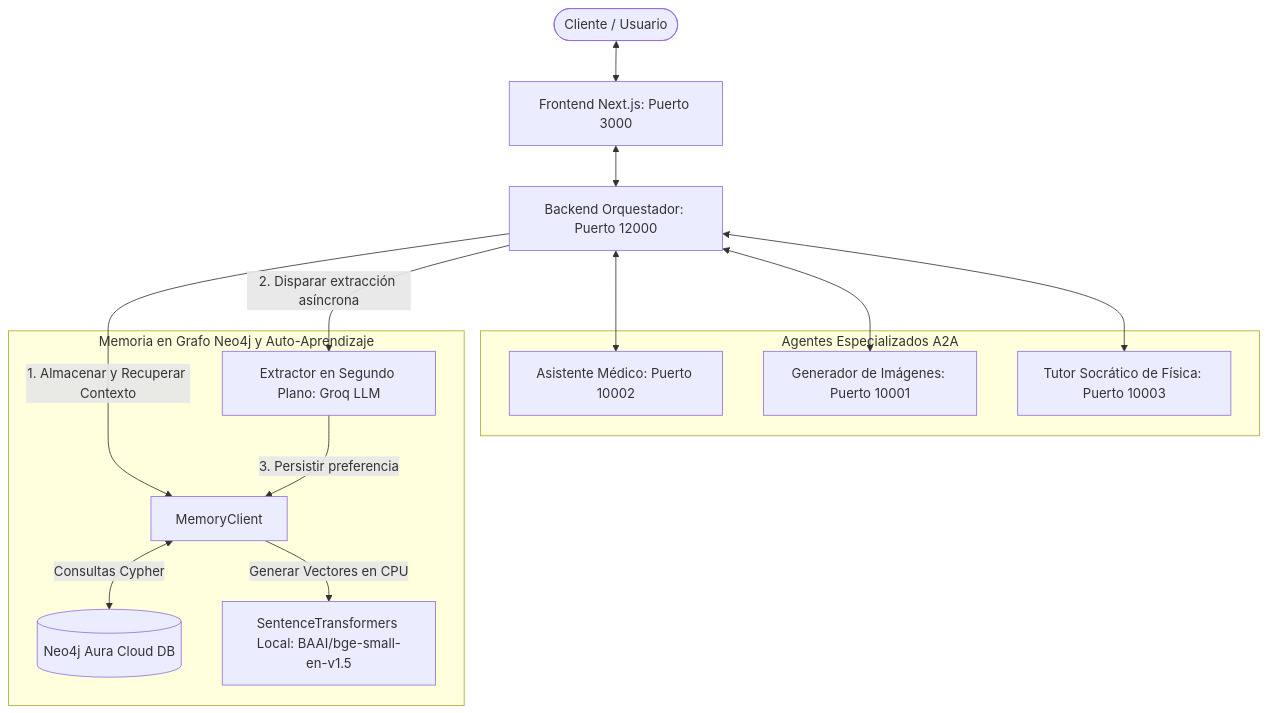
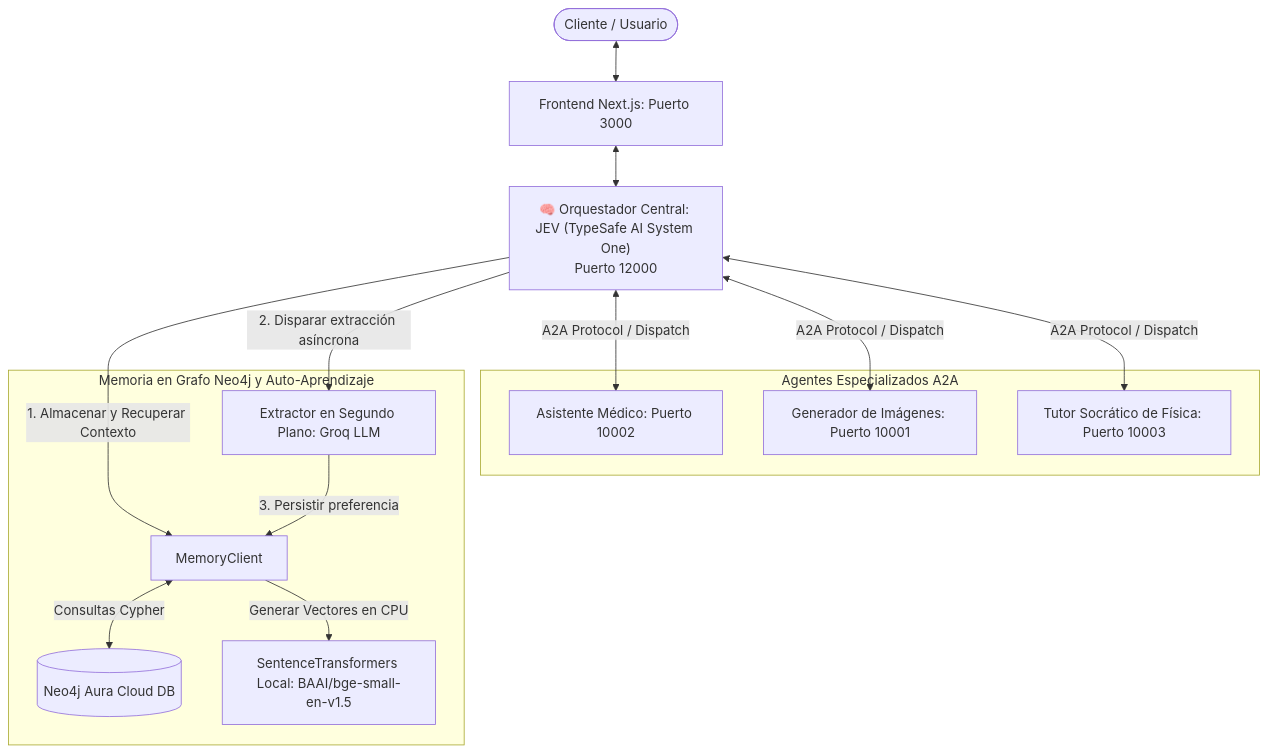
Before and after one commit to dracero/a2a-test-alone: the first of 6 diagrams in README.md, drawn with Mermaid. The commit also changed other lines of this file and 1 other file, not shown here.

````diff
--- a/README.md
+++ b/README.md
@@ -113,28 +123,28 @@
 ```mermaid
 graph TD
     User([Cliente / Usuario]) <--> Frontend[Frontend Next.js: Puerto 3000]
-    Frontend <--> Orchestrator[Backend Orquestador: Puerto 12000]
+    Frontend <--> Orchestrator["🧠 Orquestador Central: JEV (TypeSafe AI System One)<br/>Puerto 12000"]
     
     subgraph Agents [Agentes Especializados A2A]
         AgentMed[Asistente Médico: Puerto 10002]
         AgentImg[Generador de Imágenes: Puerto 10001]
         AgentPhys[Tutor Socrático de Física: Puerto 10003]
     end
     
-    Orchestrator <--> AgentMed
-    Orchestrator <--> AgentImg
-    Orchestrator <--> AgentPhys
+    Orchestrator <-->|A2A Protocol / Dispatch| AgentMed
+    Orchestrator <-->|A2A Protocol / Dispatch| AgentImg
+    Orchestrator <-->|A2A Protocol / Dispatch| AgentPhys
     
     subgraph MemorySystem [Memoria en Grafo Neo4j y Auto-Aprendizaje]
         Neo4jClient[MemoryClient]
         AuraDB[(Neo4j Aura Cloud DB)]
         LocalEmbedder[SentenceTransformers Local: BAAI/bge-small-en-v1.5]
         LearningLoop[Extractor en Segundo Plano: Groq LLM]
     end
     
     Orchestrator -->|1. Almacenar y Recuperar Contexto| Neo4jClient
     Neo4jClient -->|Generar Vectores en CPU| LocalEmbedder
     Neo4jClient <-->|Consultas Cypher| AuraDB
     Orchestrator -->|2. Disparar extracción asíncrona| LearningLoop
     LearningLoop -->|3. Persistir preferencia| Neo4jClient
 ```
````
